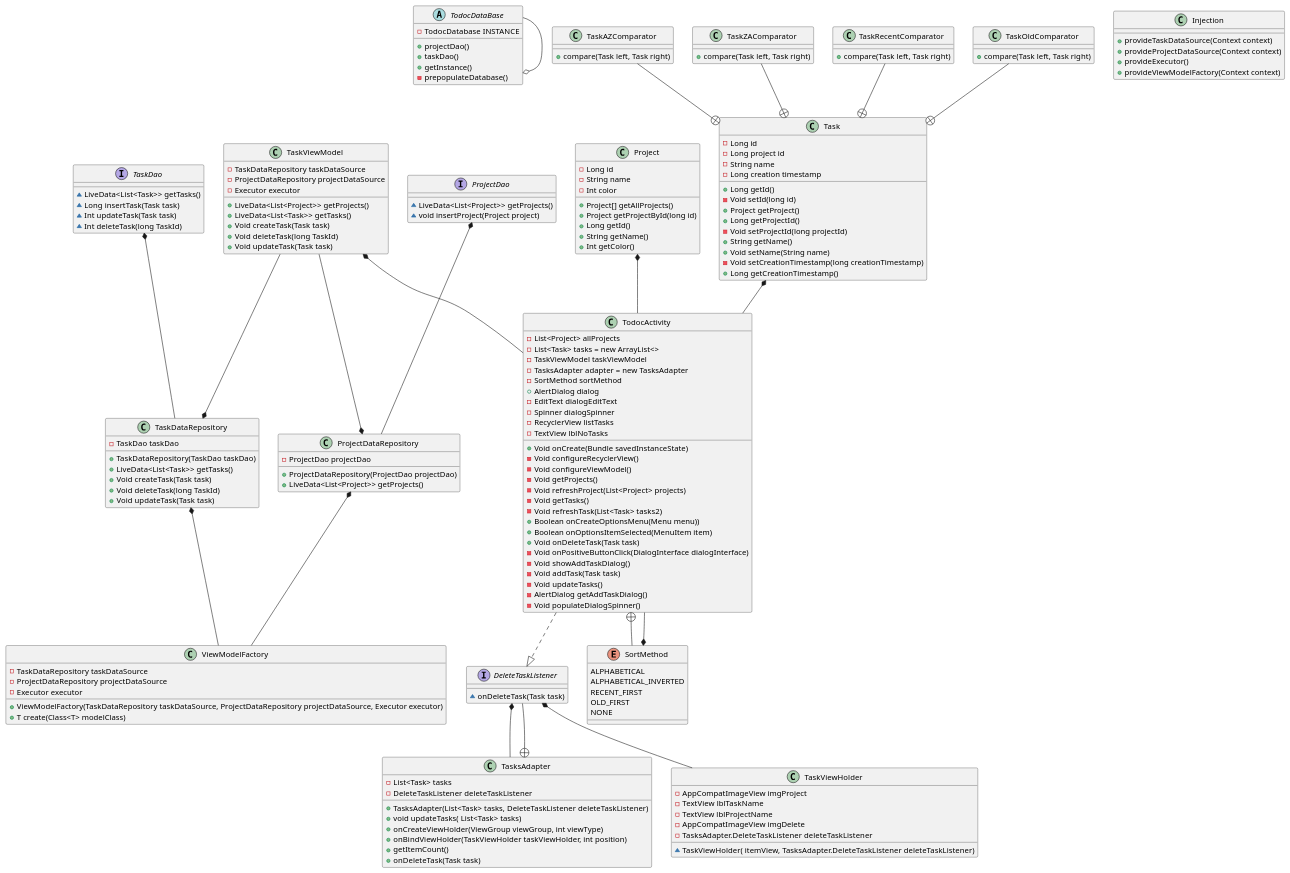
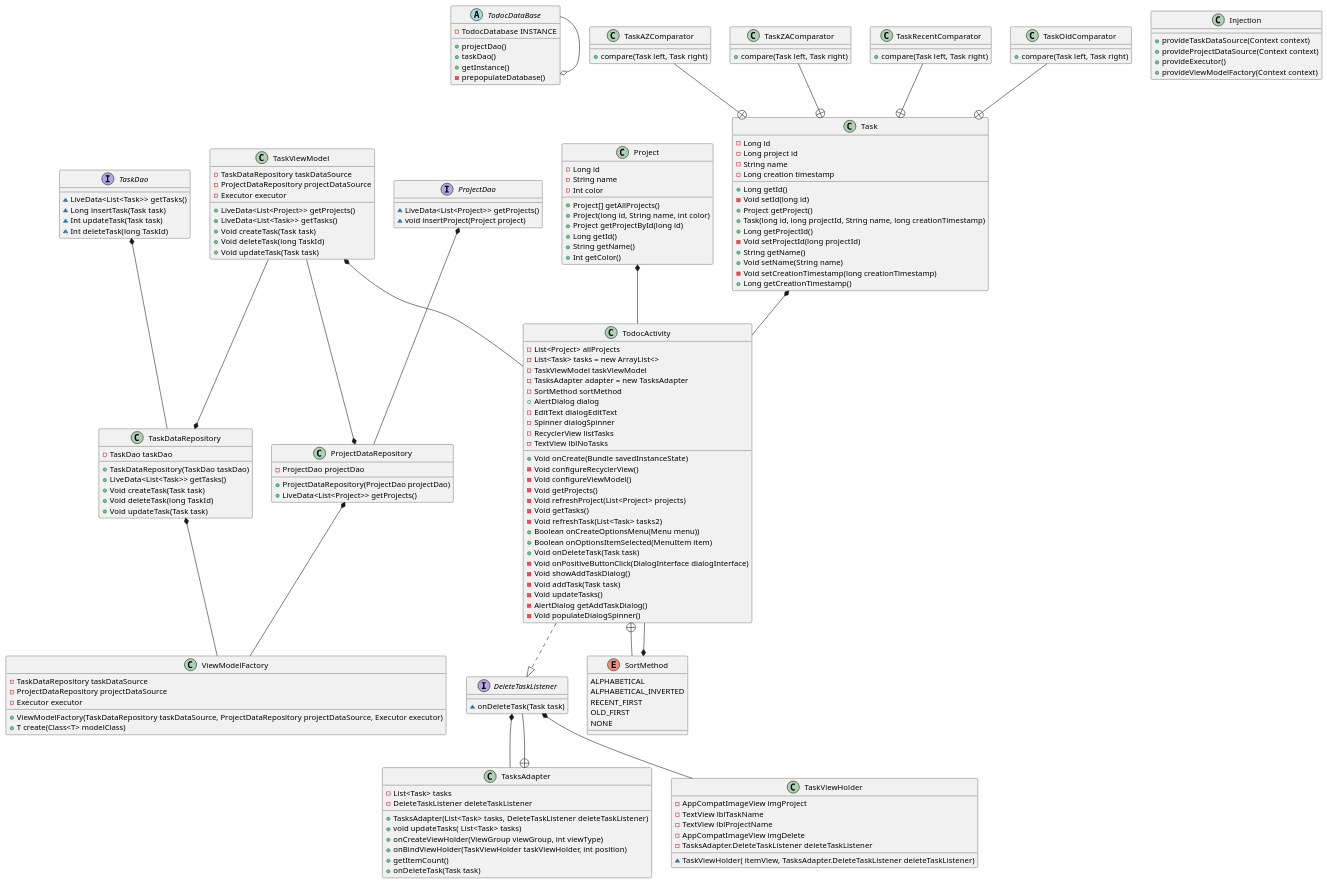
The diagram in app/src/androidTest/java/com/cleanup/todoc_J/PlantUMLTodoc.puml (Biosh77/todoc-master), drawn with PlantUML before and after one commit. The commit also changed 2 other files, not shown here.

Commit message:
Implémentation de la persistance de données avec tests. PlantUML.

```diff
--- a/app/src/androidTest/java/com/cleanup/todoc_J/PlantUMLTodoc.puml
+++ b/app/src/androidTest/java/com/cleanup/todoc_J/PlantUMLTodoc.puml
@@ -27,6 +27,7 @@
  + Long getId()
  - Void setId(long id)
  + Project getProject()
++  Task(long id, long projectId, String name, long creationTimestamp)
  + Long getProjectId()
  - Void setProjectId(long projectId)
  + String getName()
@@ -42,6 +43,7 @@
 - Int color
 
 + Project[] getAllProjects()
++ Project(long id, String name, int color)
 + Project getProjectById(long id)
 + Long getId()
 + String getName()
```
